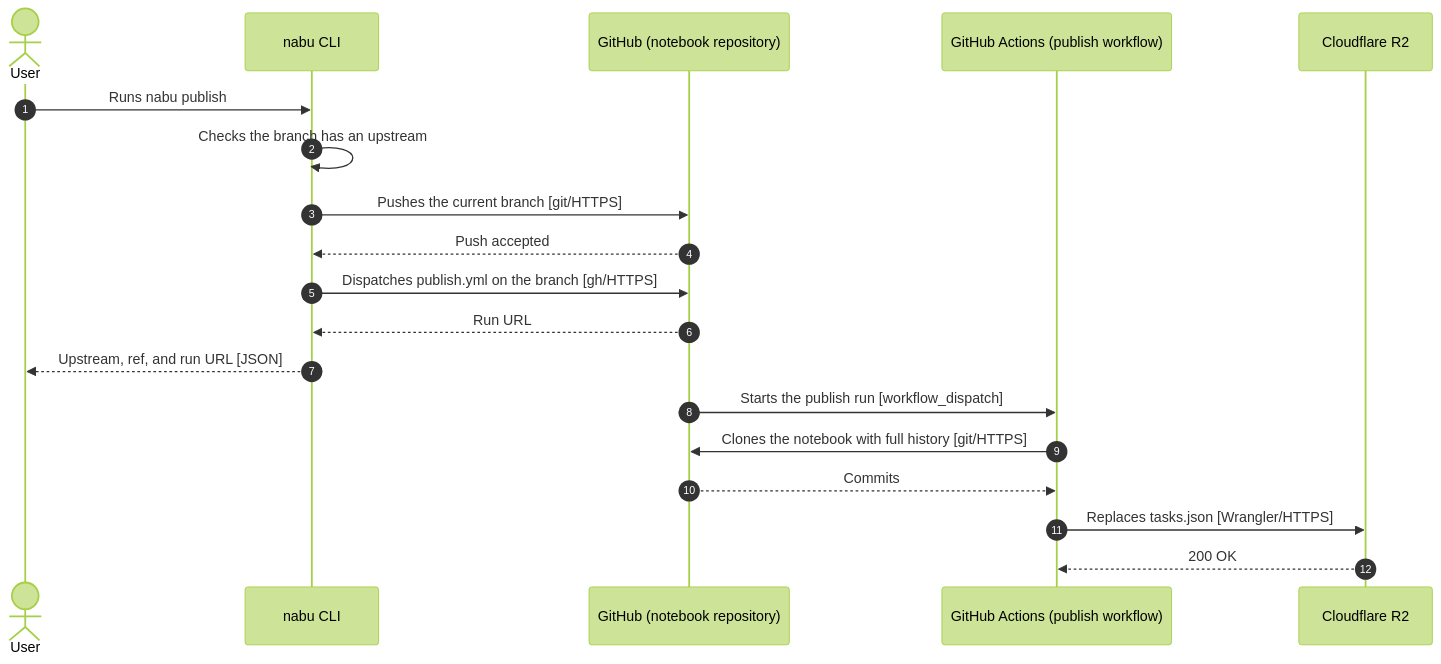
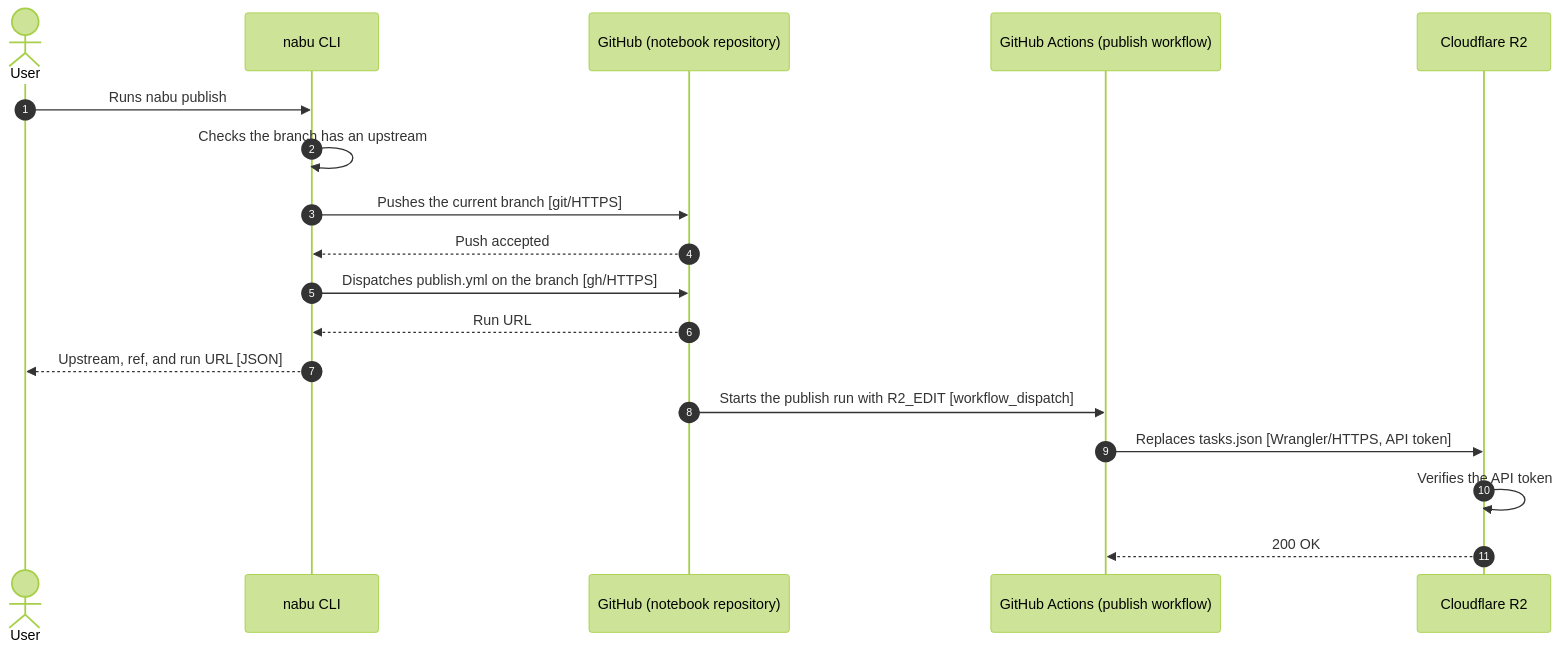
The second of 4 diagrams in docs/architecture.md (gitt510/nabu), drawn with Mermaid (forest theme) before and after one commit. The commit also changed other lines of this file, not shown here.

Commit message:
docs: drop the clone steps and show the token each run carries

````diff
--- a/docs/architecture.md
+++ b/docs/architecture.md
@@ -29,22 +29,21 @@
 ```mermaid
 sequenceDiagram
   autonumber
   actor User
   participant CLI as nabu CLI
   participant GitHub as GitHub (notebook repository)
   participant Actions as GitHub Actions (publish workflow)
   participant R2 as Cloudflare R2
 
   User->>CLI: Runs nabu publish
   CLI->>CLI: Checks the branch has an upstream
   CLI->>GitHub: Pushes the current branch [git/HTTPS]
   GitHub-->>CLI: Push accepted
   CLI->>GitHub: Dispatches publish.yml on the branch [gh/HTTPS]
   GitHub-->>CLI: Run URL
   CLI-->>User: Upstream, ref, and run URL [JSON]
-  GitHub->>Actions: Starts the publish run [workflow_dispatch]
-  Actions->>GitHub: Clones the notebook with full history [git/HTTPS]
-  GitHub-->>Actions: Commits
-  Actions->>R2: Replaces tasks.json [Wrangler/HTTPS]
+  GitHub->>Actions: Starts the publish run with R2_EDIT [workflow_dispatch]
+  Actions->>R2: Replaces tasks.json [Wrangler/HTTPS, API token]
+  R2->>R2: Verifies the API token
   R2-->>Actions: 200 OK
 ```
````
